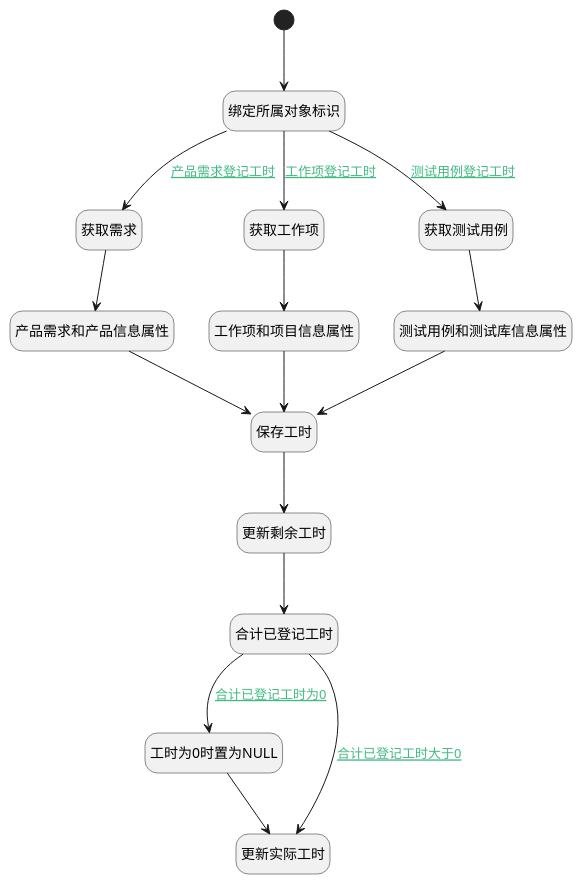
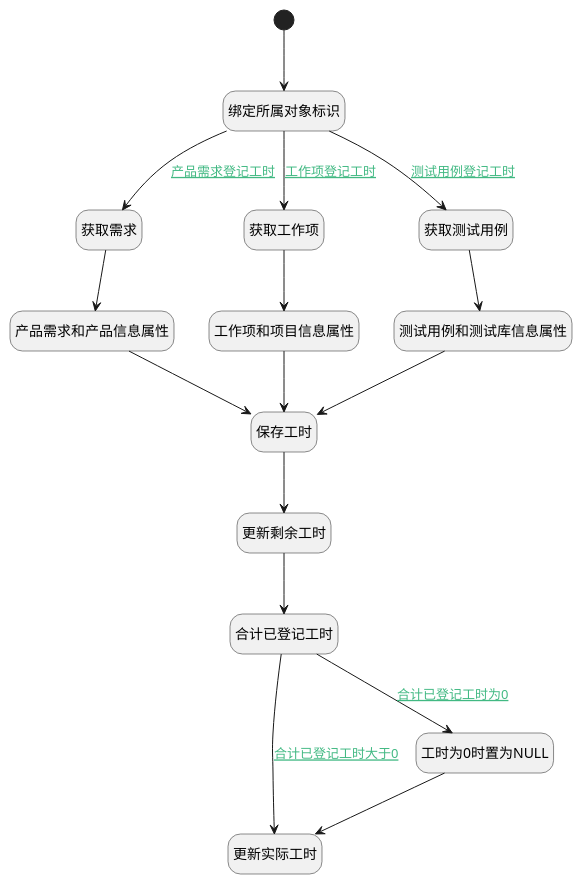
The diagram in doc/docsify/module/Base/workload/logic/save_workload.md (iBizLab/plm), drawn with PlantUML before and after one commit. The commit also changed other lines of this file and 1778 other files, not shown here.

````diff
--- a/doc/docsify/module/Base/workload/logic/save_workload.md
+++ b/doc/docsify/module/Base/workload/logic/save_workload.md
@@ -7,44 +7,44 @@
 ```plantuml
 @startuml
 hide empty description
 <style>
 root {
   HyperlinkColor #42b983
 }
 </style>
 
 hide empty description
 state "开始" as Begin <<start>> [[$./save_workload#begin {"开始"}]]
 state "绑定所属对象标识" as PREPAREPARAM2  [[$./save_workload#prepareparam2 {"绑定所属对象标识"}]]
 state "获取需求" as DEACTION3  [[$./save_workload#deaction3 {"获取需求"}]]
 state "获取工作项" as DEACTION4  [[$./save_workload#deaction4 {"获取工作项"}]]
 state "获取测试用例" as DEACTION5  [[$./save_workload#deaction5 {"获取测试用例"}]]
 state "工作项和项目信息属性" as PREPAREPARAM3  [[$./save_workload#prepareparam3 {"工作项和项目信息属性"}]]
 state "产品需求和产品信息属性" as PREPAREPARAM4  [[$./save_workload#prepareparam4 {"产品需求和产品信息属性"}]]
 state "测试用例和测试库信息属性" as PREPAREPARAM5  [[$./save_workload#prepareparam5 {"测试用例和测试库信息属性"}]]
 state "保存工时" as DEACTION2  [[$./save_workload#deaction2 {"保存工时"}]]
 state "更新剩余工时" as DEACTION6  [[$./save_workload#deaction6 {"更新剩余工时"}]]
 state "合计已登记工时" as RAWSQLCALL1  [[$./save_workload#rawsqlcall1 {"合计已登记工时"}]]
+state "更新实际工时" as DEACTION7  [[$./save_workload#deaction7 {"更新实际工时"}]]
 state "工时为0时置为NULL" as PREPAREPARAM6  [[$./save_workload#prepareparam6 {"工时为0时置为NULL"}]]
-state "更新实际工时" as DEACTION7  [[$./save_workload#deaction7 {"更新实际工时"}]]
 
 
 Begin --> PREPAREPARAM2
 PREPAREPARAM2 --> DEACTION3 : [[$./save_workload#prepareparam2-deaction3{产品需求登记工时} 产品需求登记工时]]
 DEACTION3 --> PREPAREPARAM4
 PREPAREPARAM4 --> DEACTION2
 DEACTION2 --> DEACTION6
 DEACTION6 --> RAWSQLCALL1
 RAWSQLCALL1 --> DEACTION7 : [[$./save_workload#rawsqlcall1-deaction7{合计已登记工时大于0} 合计已登记工时大于0]]
 RAWSQLCALL1 --> PREPAREPARAM6 : [[$./save_workload#rawsqlcall1-prepareparam6{合计已登记工时为0} 合计已登记工时为0]]
 PREPAREPARAM6 --> DEACTION7
 PREPAREPARAM2 --> DEACTION4 : [[$./save_workload#prepareparam2-deaction4{工作项登记工时} 工作项登记工时]]
 DEACTION4 --> PREPAREPARAM3
 PREPAREPARAM3 --> DEACTION2
 PREPAREPARAM2 --> DEACTION5 : [[$./save_workload#prepareparam2-deaction5{测试用例登记工时} 测试用例登记工时]]
 DEACTION5 --> PREPAREPARAM5
 PREPAREPARAM5 --> DEACTION2
 
 
 @enduml
 ```
````
